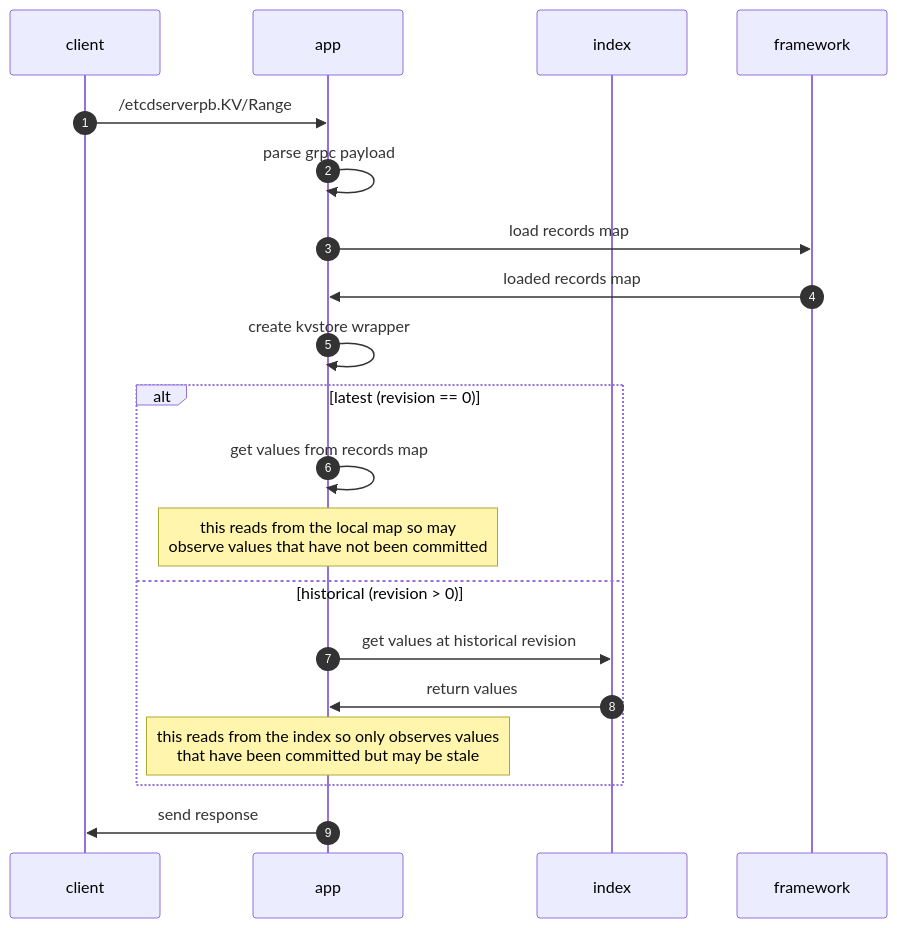
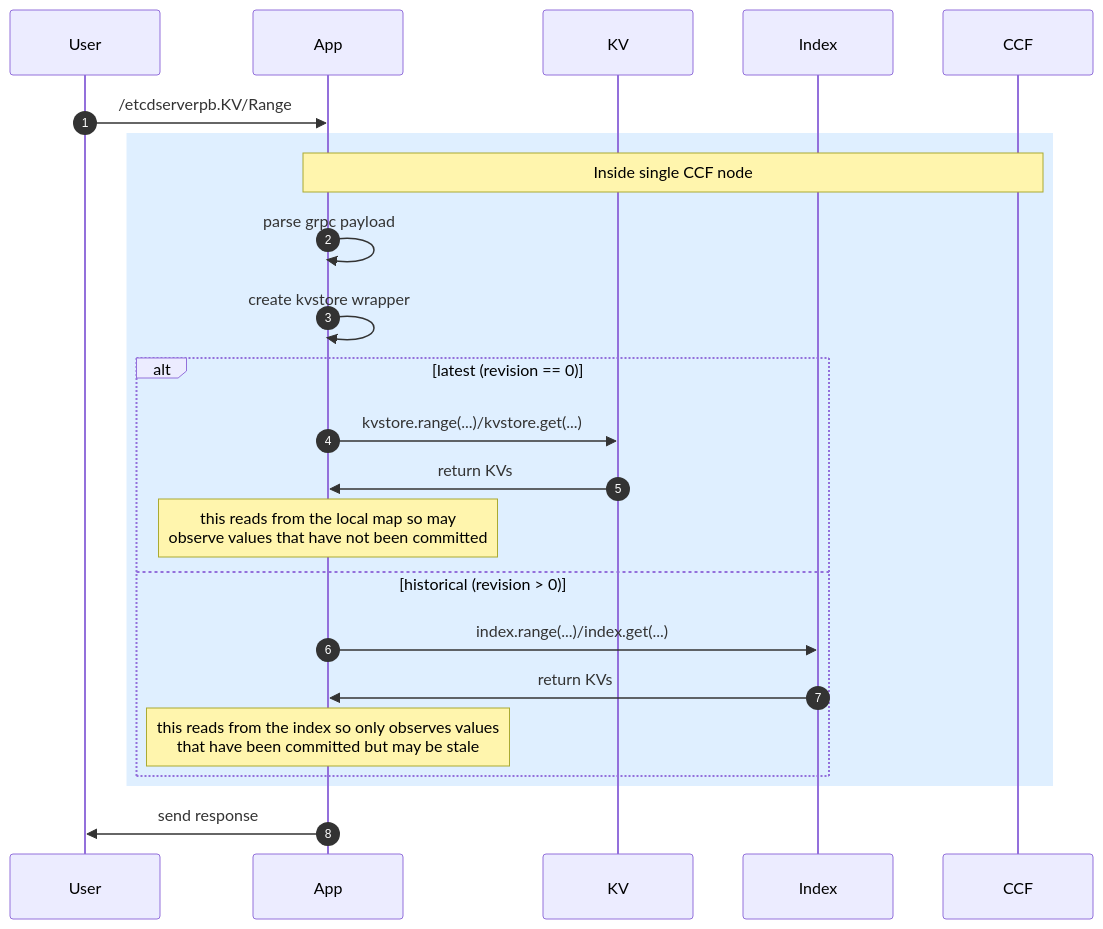
One commit to microsoft/LSKV changed the second of 2 diagrams in docs/index.md. Above: the diagram before and after it, drawn with Mermaid. The commit also changed other lines of this file, not shown here.

Commit message:
Update diagrams to have CCF node background

````diff
--- a/docs/index.md
+++ b/docs/index.md
@@ -28,23 +32,26 @@
 ```mermaid
 sequenceDiagram
     autonumber
-    participant client
-    participant app
-    participant index
-    participant framework
+    participant User
+    participant App
+    participant KV
+    participant Index
+    participant CCF
 
-    client->>app: /etcdserverpb.KV/Range
-    app->>app: parse grpc payload
-    app->>framework: load records map 
-    framework->>app: loaded records map
-    app->>app: create kvstore wrapper
+    User->>App: /etcdserverpb.KV/Range
+    rect rgba(191, 223, 255, 0.5)
+    note over App,CCF: Inside single CCF node
+    App->>App: parse grpc payload
+    App->>App: create kvstore wrapper
     alt latest (revision == 0)
-        app->>app: get values from records map
-        note over app: this reads from the local map so may <br>observe values that have not been committed
+        App->>KV: kvstore.range(...)/kvstore.get(...)
+        KV->>App: return KVs
+        note over App: this reads from the local map so may <br>observe values that have not been committed
     else historical (revision > 0)
-        app->>index: get values at historical revision
-        index->>app: return values
-        note over app: this reads from the index so only observes values<br> that have been committed but may be stale
+        App->>Index: index.range(...)/index.get(...)
+        Index->>App: return KVs
+        note over App: this reads from the index so only observes values<br> that have been committed but may be stale
     end
-    app->>client: send response
+    end
+    App->>User: send response
 ```
````
